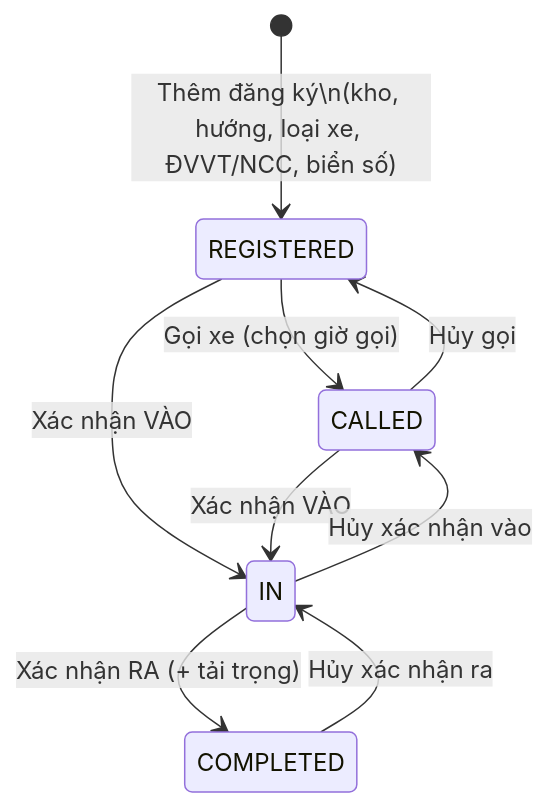
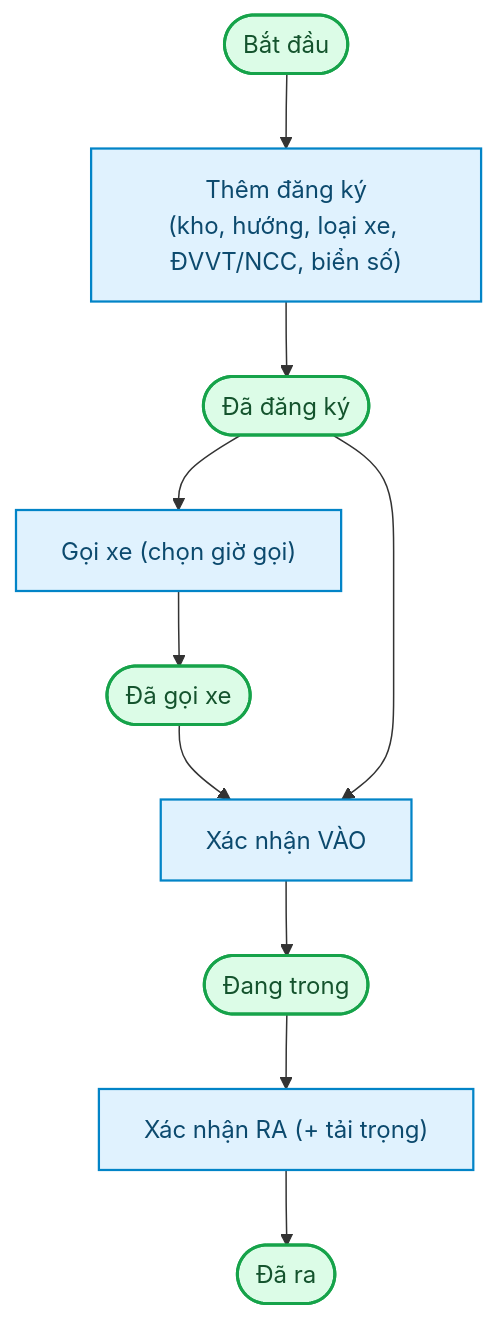
One commit to vietnamese2212/wms-webapp changed the seventh of 14 diagrams in docs/handover/02-workflow-nghiep-vu.md. Above: the diagram before and after it, drawn with Mermaid. The commit also changed other lines of this file and 19 other files, not shown here.

First line of the commit message:
docs(handover): workflow chuan flowchart + anh form co danh so thu tu + xuat PDF

````diff
--- a/docs/handover/02-workflow-nghiep-vu.md
+++ b/docs/handover/02-workflow-nghiep-vu.md
@@ -131,11 +155,15 @@
 ```mermaid
-stateDiagram-v2
-    [*] --> REGISTERED : Thêm đăng ký\n(kho, hướng, loại xe, ĐVVT/NCC, biển số)
-    REGISTERED --> CALLED : Gọi xe (chọn giờ gọi)
-    CALLED --> REGISTERED : Hủy gọi
-    REGISTERED --> IN : Xác nhận VÀO
-    CALLED --> IN : Xác nhận VÀO
-    IN --> CALLED : Hủy xác nhận vào
-    IN --> COMPLETED : Xác nhận RA (+ tải trọng)
-    COMPLETED --> IN : Hủy xác nhận ra
+flowchart TD
+    S(["Bắt đầu"]):::startend --> A["Thêm đăng ký\n(kho, hướng, loại xe, ĐVVT/NCC, biển số)"]:::action
+    A --> B(["Đã đăng ký"]):::startend
+    B --> C["Gọi xe (chọn giờ gọi)"]:::action
+    C --> D(["Đã gọi xe"]):::startend
+    D --> E["Xác nhận VÀO"]:::action
+    B --> E
+    E --> F(["Đang trong"]):::startend
+    F --> G["Xác nhận RA (+ tải trọng)"]:::action
+    G --> H(["Đã ra"]):::startend
+    classDef startend fill:#dcfce7,stroke:#16a34a,stroke-width:2px,color:#14532d
+    classDef action fill:#e0f2fe,stroke:#0284c7,stroke-width:1.5px,color:#0c4a6e
+    classDef decision fill:#fef3c7,stroke:#d97706,stroke-width:1.5px,color:#78350f
 ```
````
